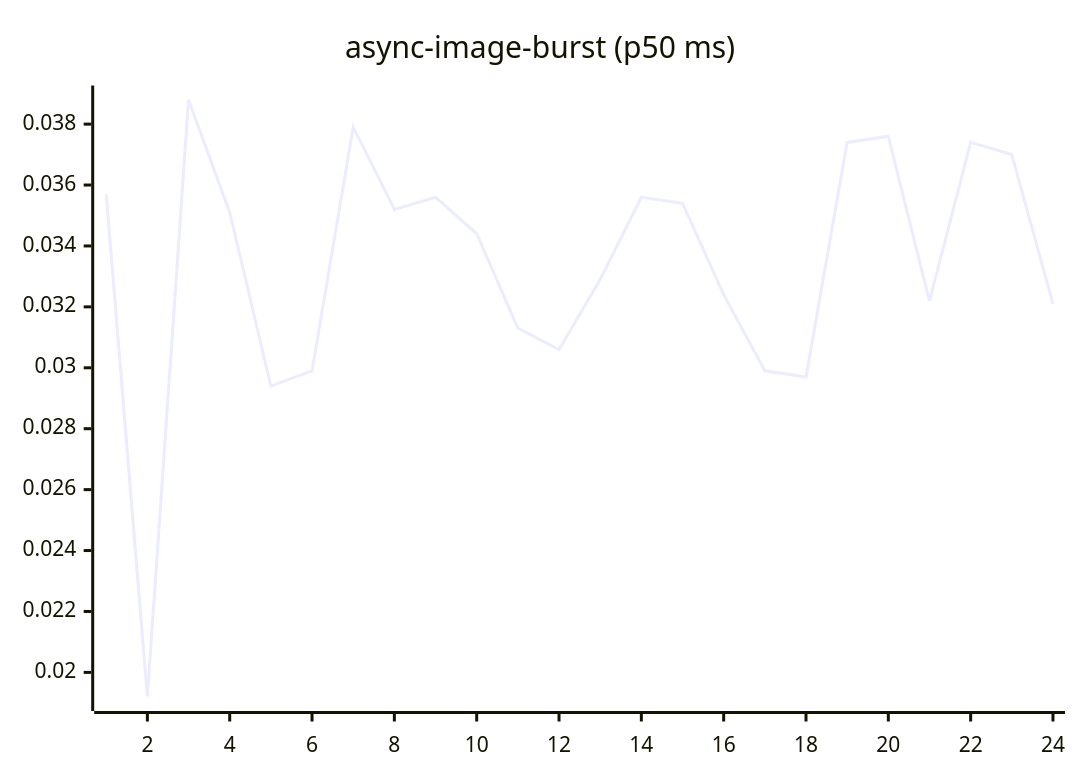
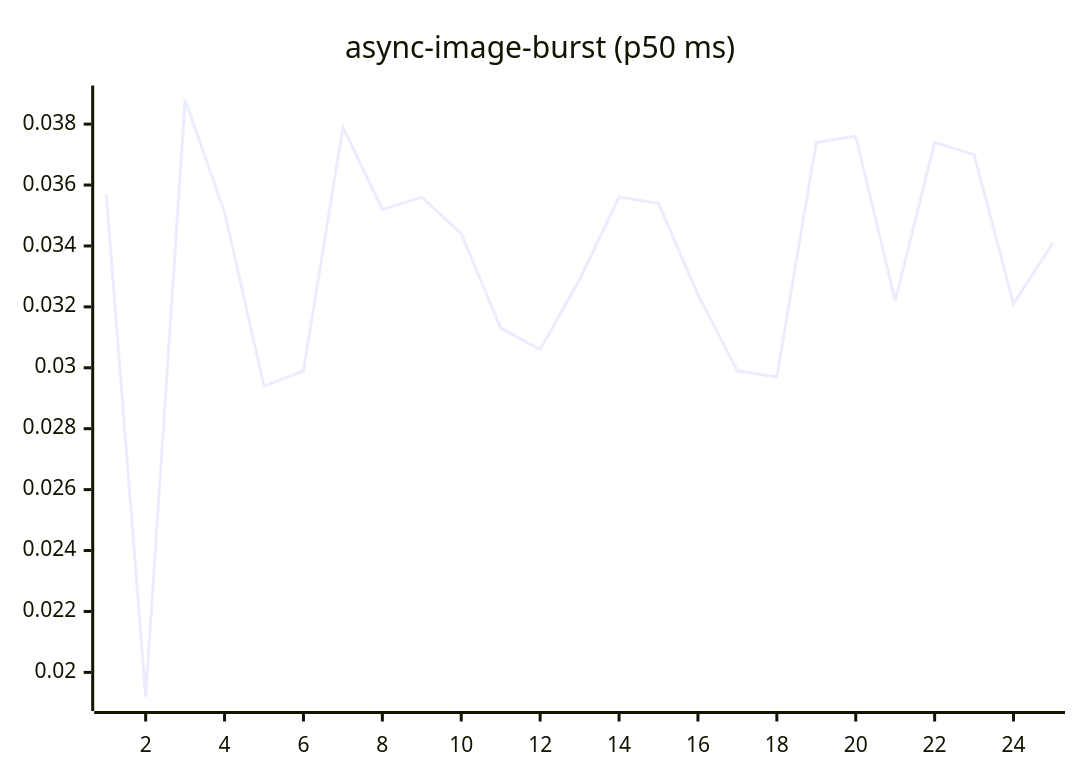
Before and after one commit to josha/Facet: the fourth of 27 diagrams in README.md, drawn with Mermaid. The commit also changed other lines of this file and 2 other files, not shown here.

````diff
--- a/README.md
+++ b/README.md
@@ -84,6 +84,6 @@
 ```mermaid
 xychart-beta
     title "async-image-burst (p50 ms)"
-    x-axis 1 --> 24
-    line [0.0357, 0.0192, 0.0388, 0.0351, 0.0294, 0.0299, 0.0379, 0.0352, 0.0356, 0.0344, 0.0313, 0.0306, 0.0329, 0.0356, 0.0354, 0.0324, 0.0299, 0.0297, 0.0374, 0.0376, 0.0322, 0.0374, 0.0370, 0.0321]
+    x-axis 1 --> 25
+    line [0.0357, 0.0192, 0.0388, 0.0351, 0.0294, 0.0299, 0.0379, 0.0352, 0.0356, 0.0344, 0.0313, 0.0306, 0.0329, 0.0356, 0.0354, 0.0324, 0.0299, 0.0297, 0.0374, 0.0376, 0.0322, 0.0374, 0.0370, 0.0321, 0.0341]
 ```
````
